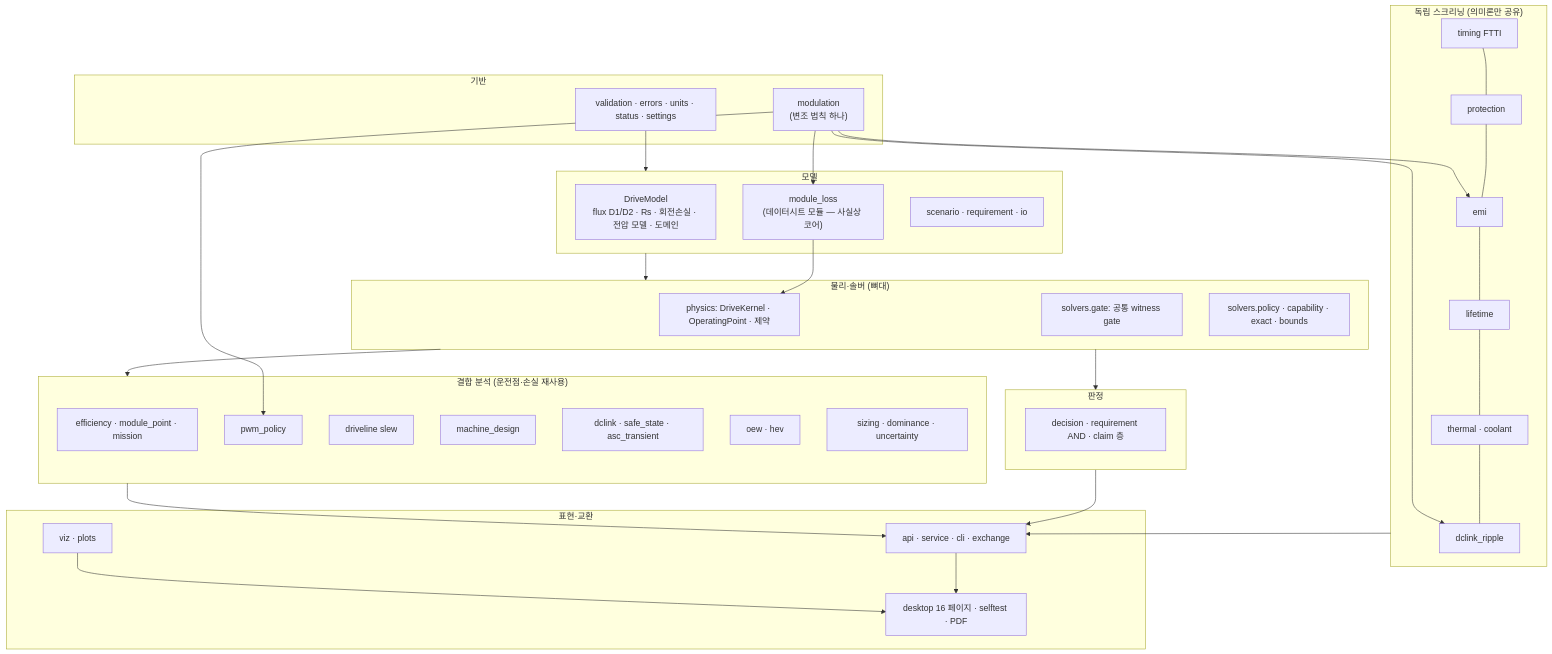
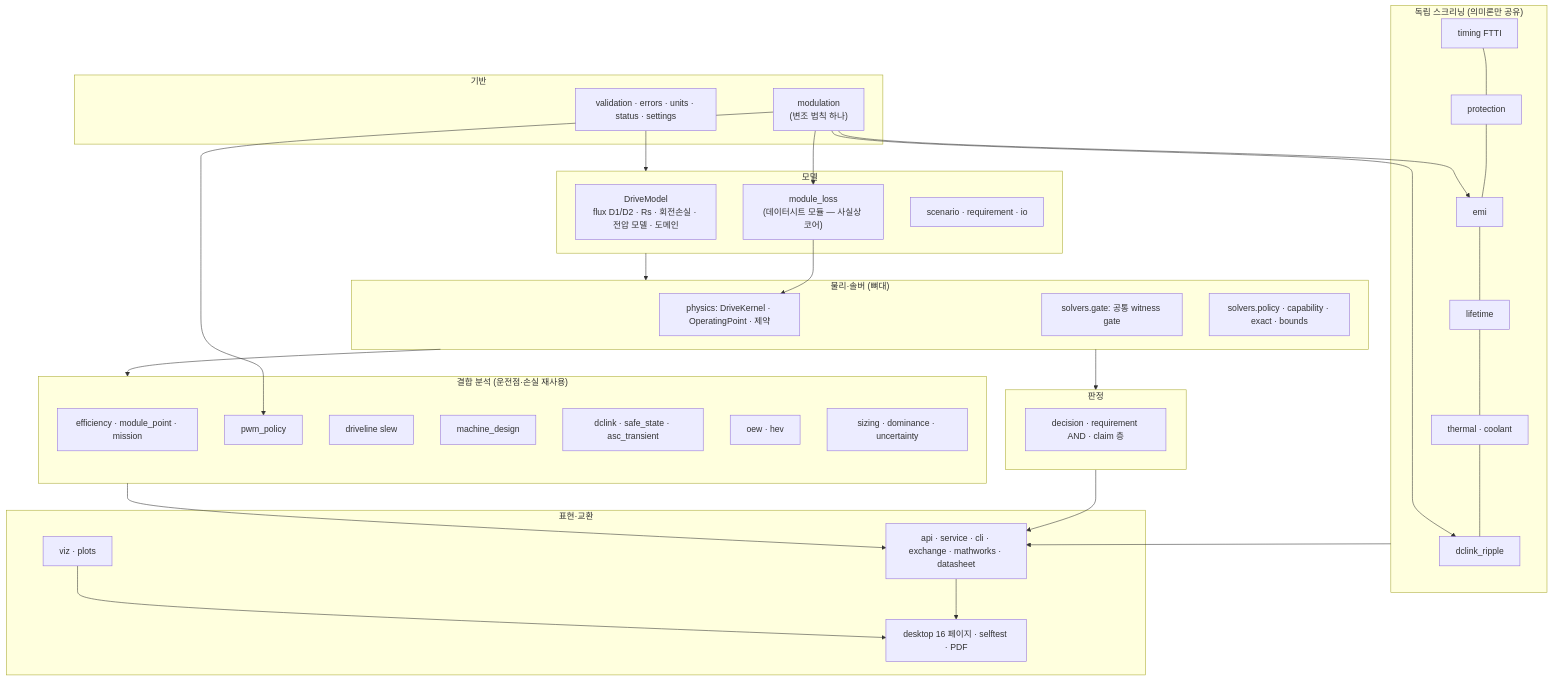
The diagram in docs/SYSTEM_REVIEW.md (7426cheol-creator/tractionworkbench), drawn with Mermaid before and after one commit. The commit also changed other lines of this file and 56 other files, not shown here.

````diff
--- a/docs/SYSTEM_REVIEW.md
+++ b/docs/SYSTEM_REVIEW.md
@@ -34,46 +34,46 @@
 ```mermaid
 flowchart TB
   subgraph base["기반"]
     V["validation · errors · units · status · settings"]
     MOD["modulation<br/>(변조 법칙 하나)"]
   end
   subgraph model["모델"]
     DM["DriveModel<br/>flux D1/D2 · Rs · 회전손실 · 전압 모델 · 도메인"]
     ML["module_loss<br/>(데이터시트 모듈 — 사실상 코어)"]
     SC["scenario · requirement · io"]
   end
   subgraph core["물리·솔버 (뼈대)"]
     PH["physics: DriveKernel · OperatingPoint · 제약"]
     GT["solvers.gate: 공통 witness gate"]
     PO["solvers.policy · capability · exact · bounds"]
   end
   subgraph judge["판정"]
     DE["decision · requirement AND · claim 층"]
   end
   subgraph coupled["결합 분석 (운전점·손실 재사용)"]
     EF["efficiency · module_point · mission"]
     PW["pwm_policy"]
     DL["driveline slew"]
     MD["machine_design"]
     DCK["dclink · safe_state · asc_transient"]
     OH["oew · hev"]
     SZ["sizing · dominance · uncertainty"]
   end
   subgraph indep["독립 스크리닝 (의미론만 공유)"]
     TM["timing FTTI"] --- PR["protection"] --- EM["emi"] --- LF["lifetime"] --- TH["thermal · coolant"] --- RP["dclink_ripple"]
   end
   subgraph out["표현·교환"]
-    API["api · service · cli · exchange"]
+    API["api · service · cli · exchange · mathworks · datasheet"]
     VZ["viz · plots"]
     UI["desktop 16 페이지 · selftest · PDF"]
   end
   V --> model --> core --> judge
   MOD --> ML & EM & RP & PW
   ML --> PH
   core --> coupled
   judge --> API
   coupled --> API
   indep --> API
   API --> UI
   VZ --> UI
 ```
````
